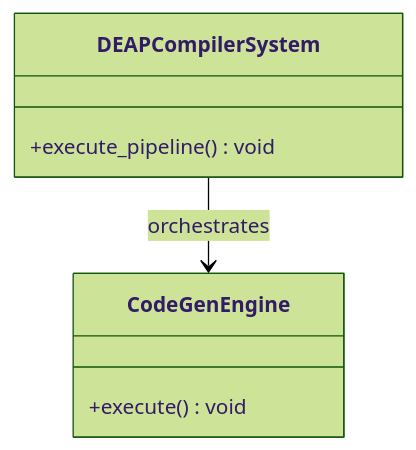
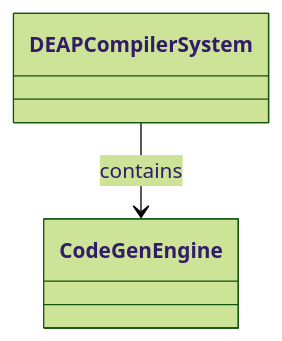
Before and after one commit to gintatkinson/dumpiler-01: the first of 2 diagrams in docs/epics/EPIC-12-Subsystem_10_Multi_Target_CodeGen_Simulation_Bindings.md, drawn with Mermaid (forest theme). The commit also changed other lines of this file and 101 other files, not shown here.

````diff
--- a/docs/epics/EPIC-12-Subsystem_10_Multi_Target_CodeGen_Simulation_Bindings.md
+++ b/docs/epics/EPIC-12-Subsystem_10_Multi_Target_CodeGen_Simulation_Bindings.md
@@ -51,10 +66,6 @@
 ```mermaid
 classDiagram
-    class DEAPCompilerSystem {
-        +execute_pipeline() void
-    }
-    class CodeGenEngine {
-        +execute() void
-    }
-    DEAPCompilerSystem --> CodeGenEngine : orchestrates
+    class DEAPCompilerSystem
+    class CodeGenEngine
+    DEAPCompilerSystem --> CodeGenEngine : contains
 ```
````
